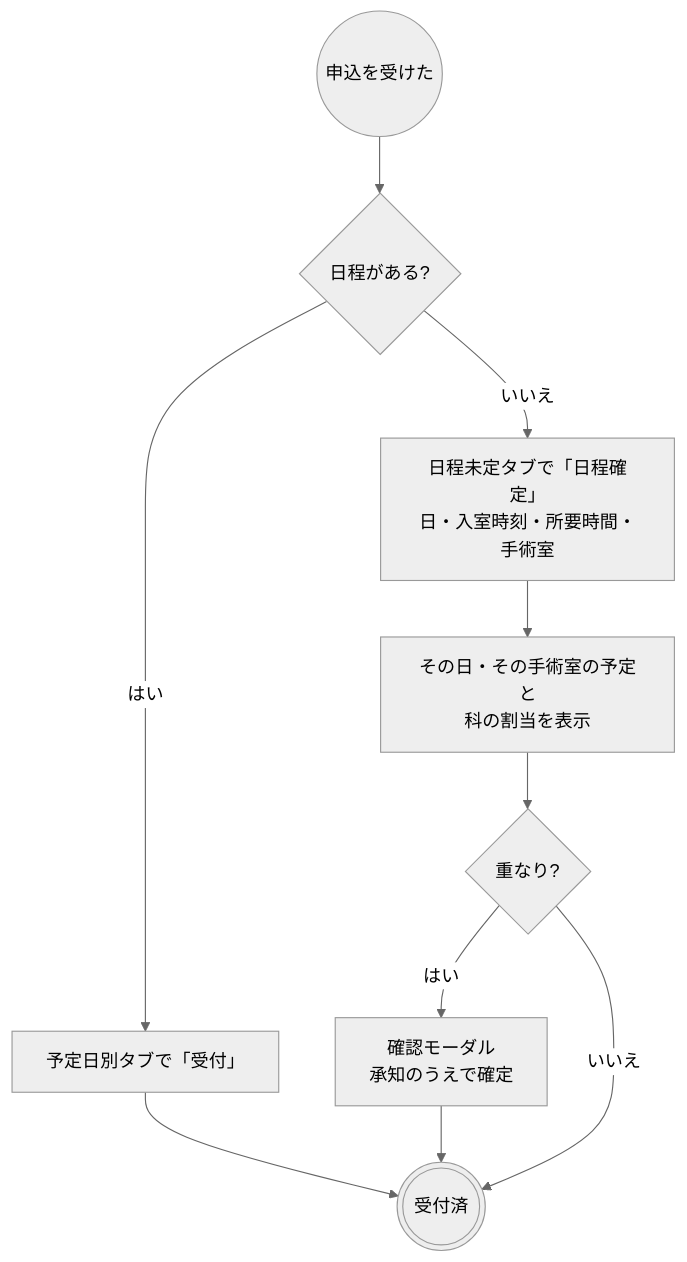
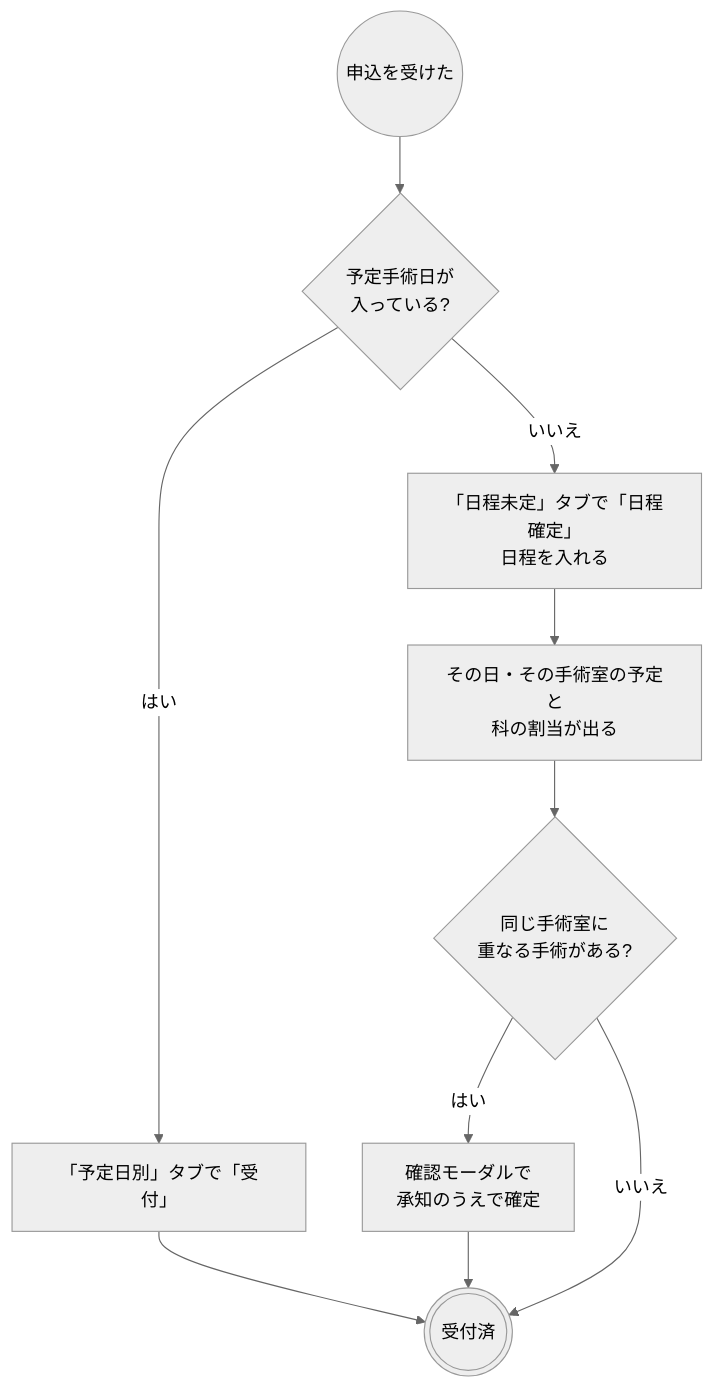
Before and after one commit to ysnr-dev/fhir-client-docs: the third of 6 diagrams in docs/flows/surgery.md, drawn with Mermaid (neutral theme). The commit also changed other lines of this file and 43 other files, not shown here.

Commit message:
docs: 業務フローとシーケンス図を写し直し

````diff
--- a/docs/flows/surgery.md
+++ b/docs/flows/surgery.md
@@ -126,17 +161,17 @@
 ```mermaid
 flowchart TD
   start(("申込を受けた"))
-  has{"日程がある?"}
-  listTab["予定日別タブで「受付」"]
-  pendTab["日程未定タブで「日程確定」<br/>日・入室時刻・所要時間・手術室"]
-  show["その日・その手術室の予定と<br/>科の割当を表示"]
-  recheck{"重なり?"}
-  modal["確認モーダル<br/>承知のうえで確定"]
+  has{"予定手術日が<br/>入っている?"}
+  listTab["「予定日別」タブで「受付」"]
+  pendTab["「日程未定」タブで「日程確定」<br/>日程を入れる"]
+  show["その日・その手術室の予定と<br/>科の割当が出る"]
+  recheck{"同じ手術室に<br/>重なる手術がある?"}
+  modal["確認モーダルで<br/>承知のうえで確定"]
   accepted((("受付済")))
 
   start --> has
   has -- "はい" --> listTab --> accepted
   has -- "いいえ" --> pendTab --> show --> recheck
   recheck -- "はい" --> modal --> accepted
   recheck -- "いいえ" --> accepted
 ```
````
